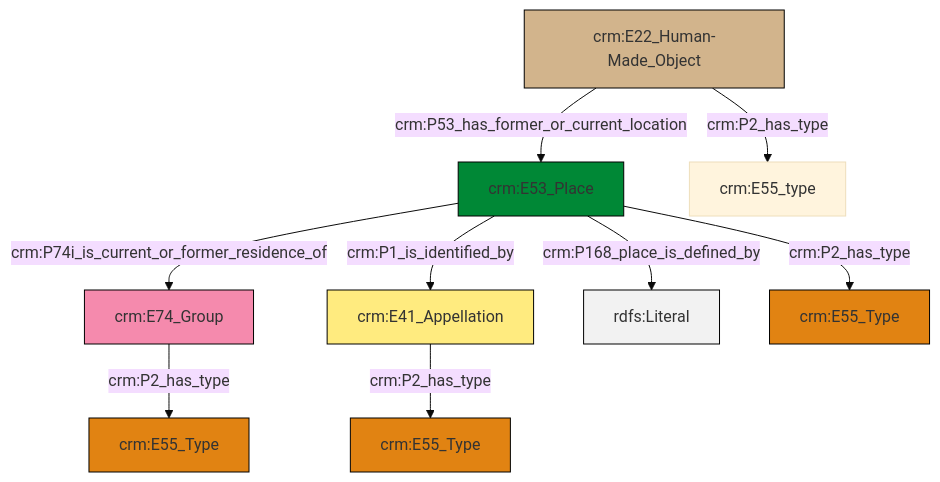
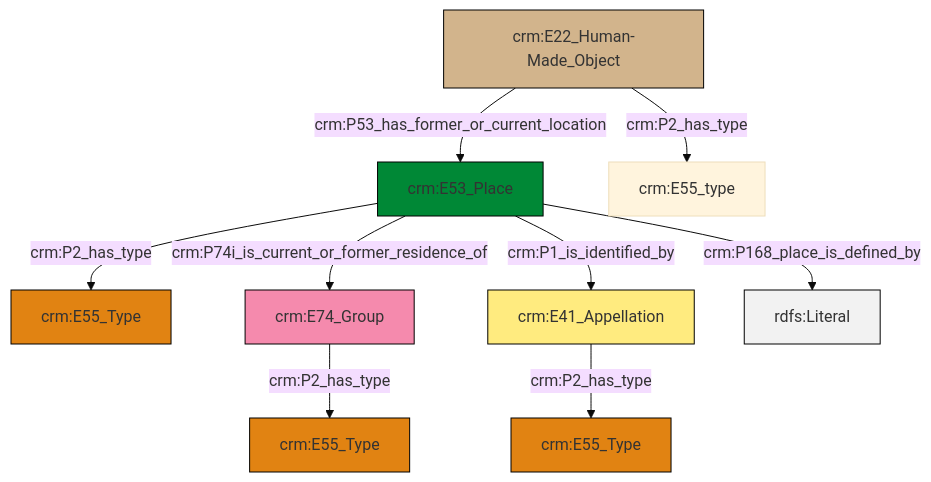
Before and after one commit to swiss-art-research-net/reference-data-models: the diagram in et/artworkCSV/ttl/mmd/Artwork_Location.ttl.mmd, drawn with Mermaid (base theme). The commit also changed 131 other files, not shown here.

```diff
--- a/et/artworkCSV/ttl/mmd/Artwork_Location.ttl.mmd
+++ b/et/artworkCSV/ttl/mmd/Artwork_Location.ttl.mmd
@@ -1,23 +1,23 @@
 graph TD
 classDef Literal fill:#f2f2f2,stroke:#000000;
 classDef CRM_Entity fill:#FFFFFF,stroke:#000000;
 classDef Temporal_Entity fill:#00C9E6, stroke:#000000;
 classDef Type fill:#E18312, stroke:#000000;
 classDef Time-Span fill:#2C9C91, stroke:#000000;
 classDef Appellation fill:#FFEB7F, stroke:#000000;
 classDef Place fill:#008836, stroke:#000000;
 classDef Persistent_Item fill:#B266B2, stroke:#000000;
 classDef Conceptual_Object fill:#FFD700, stroke:#000000;
 classDef Physical_Thing fill:#D2B48C, stroke:#000000;
 classDef Actor fill:#f58aad, stroke:#000000;
 classDef PC_Classes fill:#4ce600, stroke:#000000;
 classDef Multi fill:#cccccc,stroke:#000000;
 
-0["crm:E74_Group"]:::Actor -->|crm:P2_has_type| 1["crm:E55_Type"]:::Type
+0["crm:E53_Place"]:::Place -->|crm:P2_has_type| 1["crm:E55_Type"]:::Type
 2["crm:E41_Appellation"]:::Appellation -->|crm:P2_has_type| 3["crm:E55_Type"]:::Type
-6["crm:E53_Place"]:::Place -->|crm:P168_place_is_defined_by| 7[rdfs:Literal]:::Literal
-6["crm:E53_Place"]:::Place -->|crm:P74i_is_current_or_former_residence_of| 0["crm:E74_Group"]:::Actor
-4["crm:E22_Human-Made_Object"]:::Physical_Thing -->|crm:P53_has_former_or_current_location| 6["crm:E53_Place"]:::Place
-4["crm:E22_Human-Made_Object"]:::Physical_Thing -->|crm:P2_has_type| 14["crm:E55_type"]:::Default
-6["crm:E53_Place"]:::Place -->|crm:P2_has_type| 12["crm:E55_Type"]:::Type
-6["crm:E53_Place"]:::Place -->|crm:P1_is_identified_by| 2["crm:E41_Appellation"]:::Appellation
+9["crm:E74_Group"]:::Actor -->|crm:P2_has_type| 4["crm:E55_Type"]:::Type
+13["crm:E22_Human-Made_Object"]:::Physical_Thing -->|crm:P53_has_former_or_current_location| 0["crm:E53_Place"]:::Place
+0["crm:E53_Place"]:::Place -->|crm:P168_place_is_defined_by| 14[rdfs:Literal]:::Literal
+0["crm:E53_Place"]:::Place -->|crm:P74i_is_current_or_former_residence_of| 9["crm:E74_Group"]:::Actor
+0["crm:E53_Place"]:::Place -->|crm:P1_is_identified_by| 2["crm:E41_Appellation"]:::Appellation
+13["crm:E22_Human-Made_Object"]:::Physical_Thing -->|crm:P2_has_type| 6["crm:E55_type"]:::Default
```
